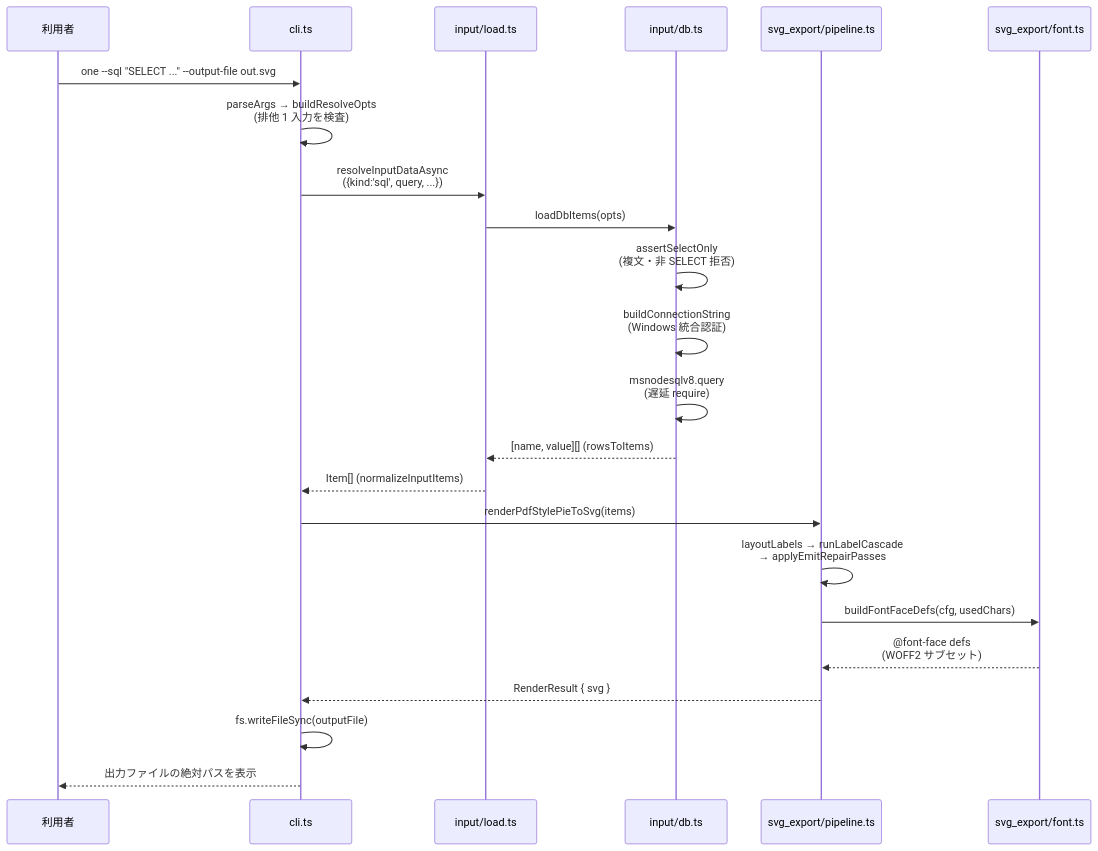
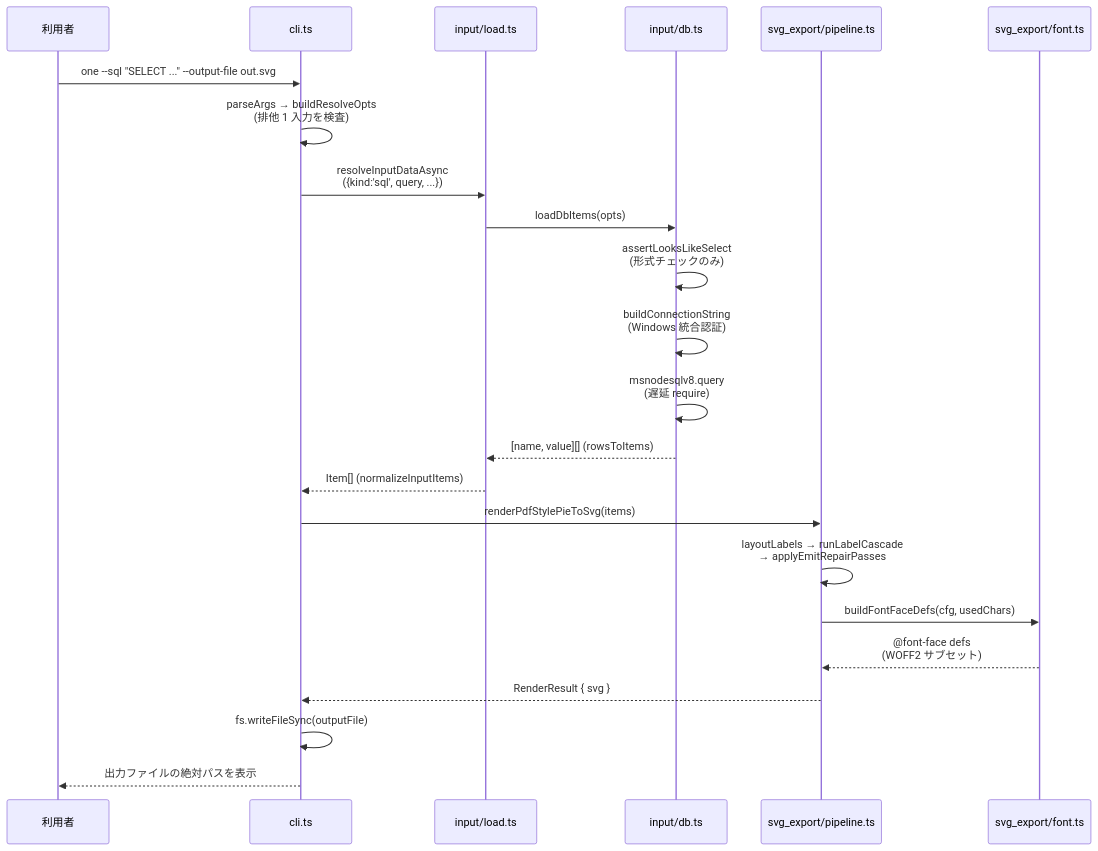
Before and after one commit to koichi-araki-0801/workspace: the fourth of 4 diagrams in docs/pie-chart/src/設計書.md, drawn with Mermaid. The commit also changed other lines of this file and 31 other files, not shown here.

````diff
--- a/docs/pie-chart/src/設計書.md
+++ b/docs/pie-chart/src/設計書.md
@@ -1156,25 +1169,25 @@
 ```mermaid
 sequenceDiagram
   participant U as 利用者
   participant CLI as cli.ts
   participant LOAD as input/load.ts
   participant DB as input/db.ts
   participant PIPE as svg_export/pipeline.ts
   participant FONT as svg_export/font.ts
   U->>CLI: one --sql "SELECT ..." --output-file out.svg
   CLI->>CLI: parseArgs → buildResolveOpts<br/>(排他 1 入力を検査)
   CLI->>LOAD: resolveInputDataAsync<br/>({kind:'sql', query, ...})
   LOAD->>DB: loadDbItems(opts)
-  DB->>DB: assertSelectOnly<br/>(複文・非 SELECT 拒否)
+  DB->>DB: assertLooksLikeSelect<br/>(形式チェックのみ)
   DB->>DB: buildConnectionString<br/>(Windows 統合認証)
   DB->>DB: msnodesqlv8.query<br/>(遅延 require)
   DB-->>LOAD: [name, value][] (rowsToItems)
   LOAD-->>CLI: Item[] (normalizeInputItems)
   CLI->>PIPE: renderPdfStylePieToSvg(items)
   PIPE->>PIPE: layoutLabels → runLabelCascade<br/>→ applyEmitRepairPasses
   PIPE->>FONT: buildFontFaceDefs(cfg, usedChars)
   FONT-->>PIPE: @font-face defs<br/>(WOFF2 サブセット)
   PIPE-->>CLI: RenderResult { svg }
   CLI->>CLI: fs.writeFileSync(outputFile)
   CLI-->>U: 出力ファイルの絶対パスを表示
 ```
````
